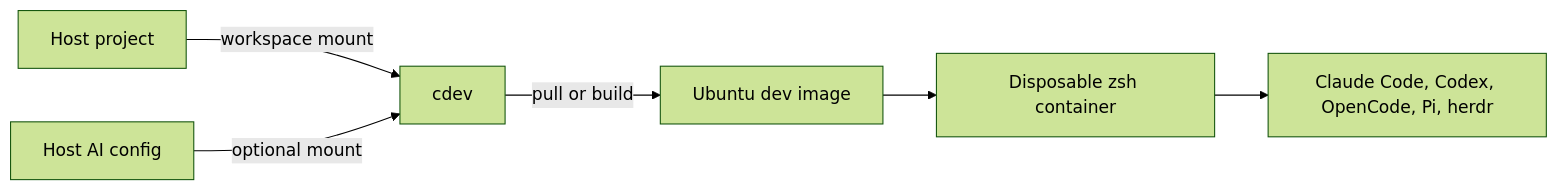
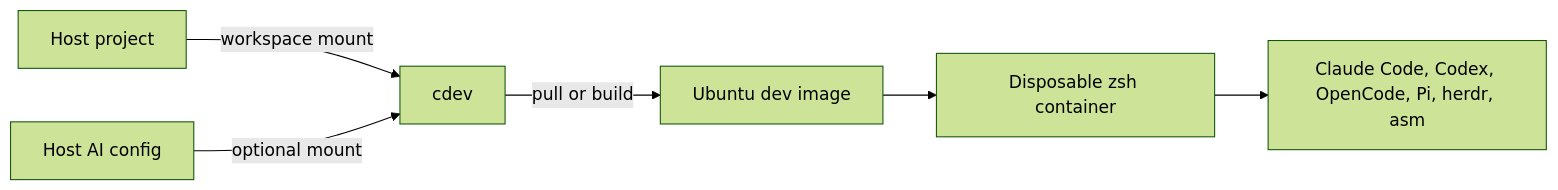
The diagram in README.md (luongnv89/devbox), drawn with Mermaid (forest theme) before and after one commit. The commit also changed other lines of this file and 52 other files, not shown here.

````diff
--- a/README.md
+++ b/README.md
@@ -45,8 +45,8 @@
 ```mermaid
 graph LR
     A[Host project] -->|workspace mount| B[cdev]
     B -->|pull or build| C[Ubuntu dev image]
     D[Host AI config] -->|optional mount| B
     C --> E[Disposable zsh container]
-    E --> F[Claude Code, Codex, OpenCode, Pi, herdr]
+    E --> F[Claude Code, Codex, OpenCode, Pi, herdr, asm]
 ```
````
